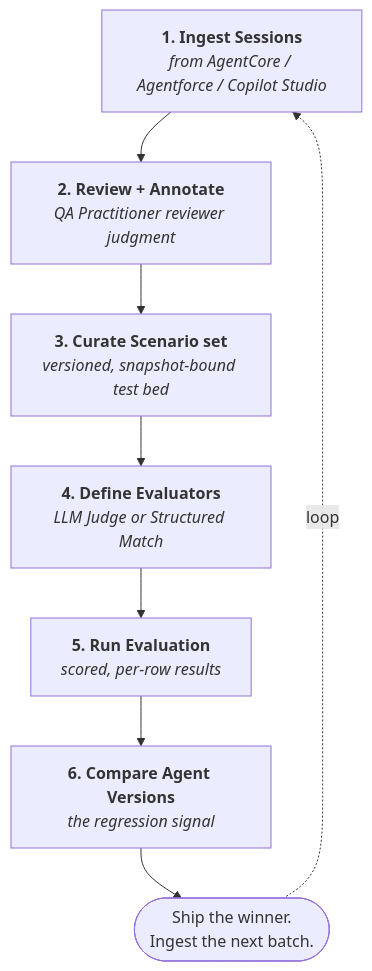
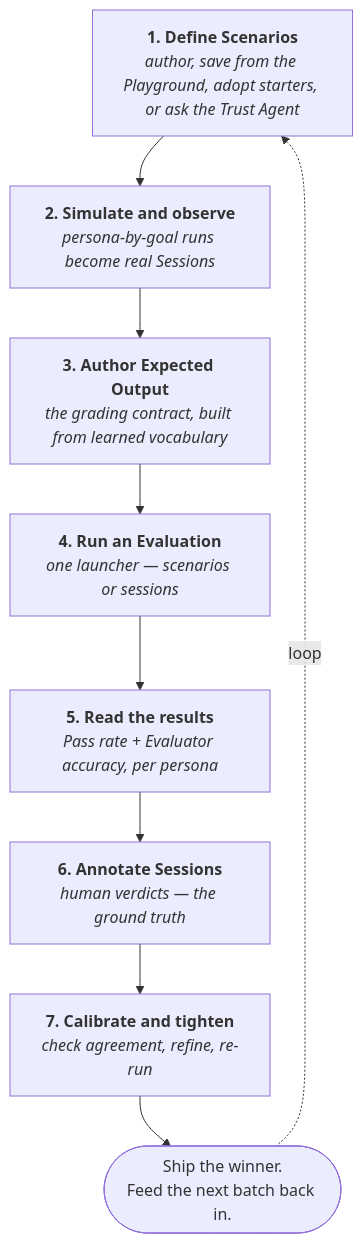
One commit to Provar-TrustAI/docs changed the diagram in concepts/evaluation-loop.mdx. Above: the diagram before and after it, drawn with Mermaid. The commit also changed other lines of this file, not shown here.

Commit message:
docs(evaluation-loop): align with v2026.06.30.1 — rewrite the loop around flat scenarios, the unified launcher, dual-headline results, human verdicts, and judge calibration

````diff
--- a/concepts/evaluation-loop.mdx
+++ b/concepts/evaluation-loop.mdx
@@ -15,18 +15,20 @@
 ```mermaid
 flowchart TD
-    S1["<b>1. Ingest Sessions</b><br/><i>from AgentCore / Agentforce / Copilot Studio</i>"]
-    S2["<b>2. Review + Annotate</b><br/><i>QA Practitioner reviewer judgment</i>"]
-    S3["<b>3. Curate Scenario set</b><br/><i>versioned, snapshot-bound test bed</i>"]
-    S4["<b>4. Define Evaluators</b><br/><i>LLM Judge or Structured Match</i>"]
-    S5["<b>5. Run Evaluation</b><br/><i>scored, per-row results</i>"]
-    S6["<b>6. Compare Agent Versions</b><br/><i>the regression signal</i>"]
-    SHIP(["Ship the winner.<br/>Ingest the next batch."])
+    S1["<b>1. Define Scenarios</b><br/><i>author, save from the Playground, adopt starters, or ask the Trust Agent</i>"]
+    S2["<b>2. Simulate and observe</b><br/><i>persona-by-goal runs become real Sessions</i>"]
+    S3["<b>3. Author Expected Output</b><br/><i>the grading contract, built from learned vocabulary</i>"]
+    S4["<b>4. Run an Evaluation</b><br/><i>one launcher — scenarios or sessions</i>"]
+    S5["<b>5. Read the results</b><br/><i>Pass rate + Evaluator accuracy, per persona</i>"]
+    S6["<b>6. Annotate Sessions</b><br/><i>human verdicts — the ground truth</i>"]
+    S7["<b>7. Calibrate and tighten</b><br/><i>check agreement, refine, re-run</i>"]
+    SHIP(["Ship the winner.<br/>Feed the next batch back in."])
 
     S1 --> S2
     S2 --> S3
     S3 --> S4
     S4 --> S5
     S5 --> S6
-    S6 --> SHIP
+    S6 --> S7
+    S7 --> SHIP
     SHIP -.->|loop| S1
 ```
````
